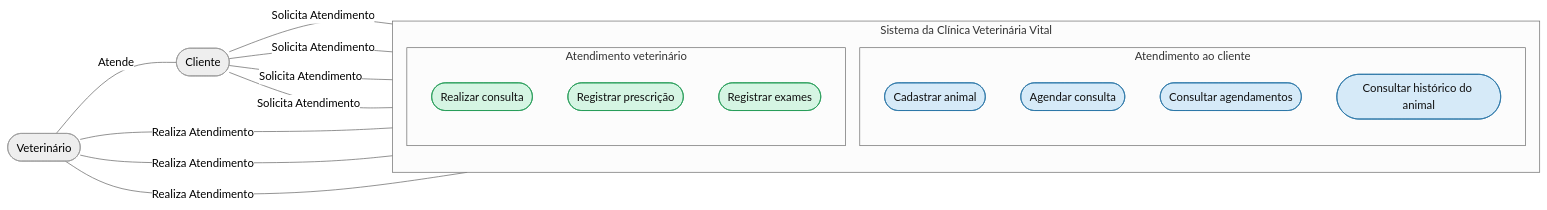
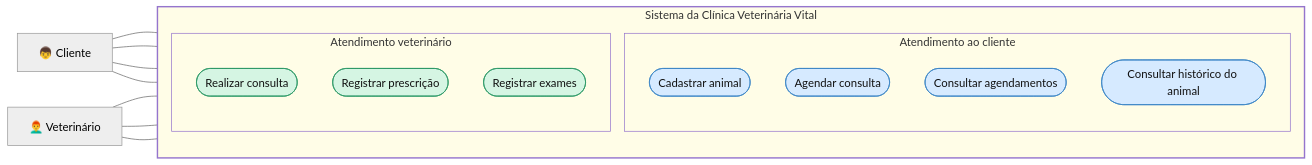
One commit to wolfigorwolf/clinica_veterinaria changed the first of 2 diagrams in README.md. Above: the diagram before and after it, drawn with Mermaid (neutral theme). The commit also changed other lines of this file, not shown here.

````diff
--- a/README.md
+++ b/README.md
@@ -8,40 +8,43 @@
 ```mermaid
 flowchart LR
-    Cliente([Cliente])
-    Vet([Veterinário])
+    Cliente["👦 Cliente"]
+    Veterinario["👨‍🦰 Veterinário"]
 
     subgraph Sistema["Sistema da Clínica Veterinária Vital"]
         direction TB
 
-        subgraph ClienteAT["Atendimento ao cliente"]
-            AT1([Cadastrar animal])
-            AT2([Agendar consulta])
-            AT3([Consultar agendamentos])
-            AT4([Consultar histórico do animal])
+        subgraph AtendimentoCliente["Atendimento ao cliente"]
+            AT1(["Cadastrar animal"])
+            AT2(["Agendar consulta"])
+            AT3(["Consultar agendamentos"])
+            AT4(["Consultar histórico do animal"])
         end
 
-        subgraph VetAT["Atendimento veterinário"]
-            AT5([Realizar consulta])
-            AT6([Registrar prescrição])
-            AT7([Registrar exames])
+        subgraph AtendimentoVet["Atendimento veterinário"]
+            AT5(["Realizar consulta"])
+            AT6(["Registrar prescrição"])
+            AT7(["Registrar exames"])
         end
     end
 
-    Cliente -- "Solicita Atendimento" --- AT1
-    Cliente -- "Solicita Atendimento" --- AT2
-    Cliente -- "Solicita Atendimento" --- AT3
-    Cliente -- "Solicita Atendimento" --- AT4
+    Cliente --- AT1
+    Cliente --- AT2
+    Cliente --- AT3
+    Cliente --- AT4
 
-    Vet -- "Realiza Atendimento" --- AT5
-    Vet -- "Realiza Atendimento" --- AT6
-    Vet -- "Realiza Atendimento" --- AT7
+    Veterinario --- AT5
+    Veterinario --- AT6
+    Veterinario --- AT7
 
-    Vet -- "Atende" --- Cliente
+    style Sistema fill:#fffde7,stroke:#9575cd,stroke-width:2px
+    style AtendimentoCliente fill:#fffde7,stroke:#9575cd
+    style AtendimentoVet fill:#fffde7,stroke:#9575cd
 
-    classDef cliente fill:#D6EAF8,stroke:#2874A6,color:#111
-    classDef vet fill:#D5F5E3,stroke:#239B56,color:#111
+    classDef cliente fill:#d6eaff,stroke:#3984c6,color:#111
+    classDef veterinario fill:#d5f5e3,stroke:#299764,color:#111
 
     class AT1,AT2,AT3,AT4 cliente
-    class AT5,AT6,AT7 vet
+    class AT5,AT6,AT7 veterinario
+
 
 ```
````
